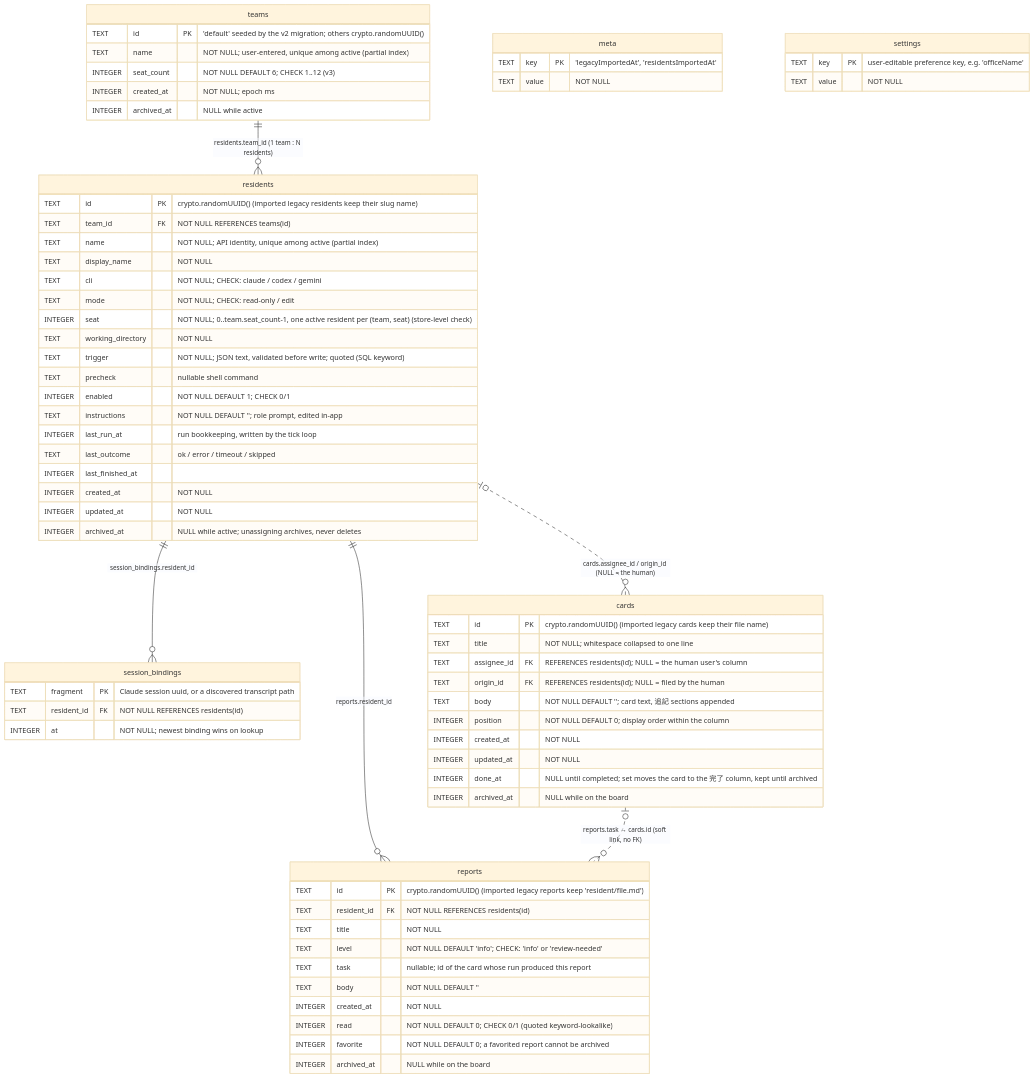
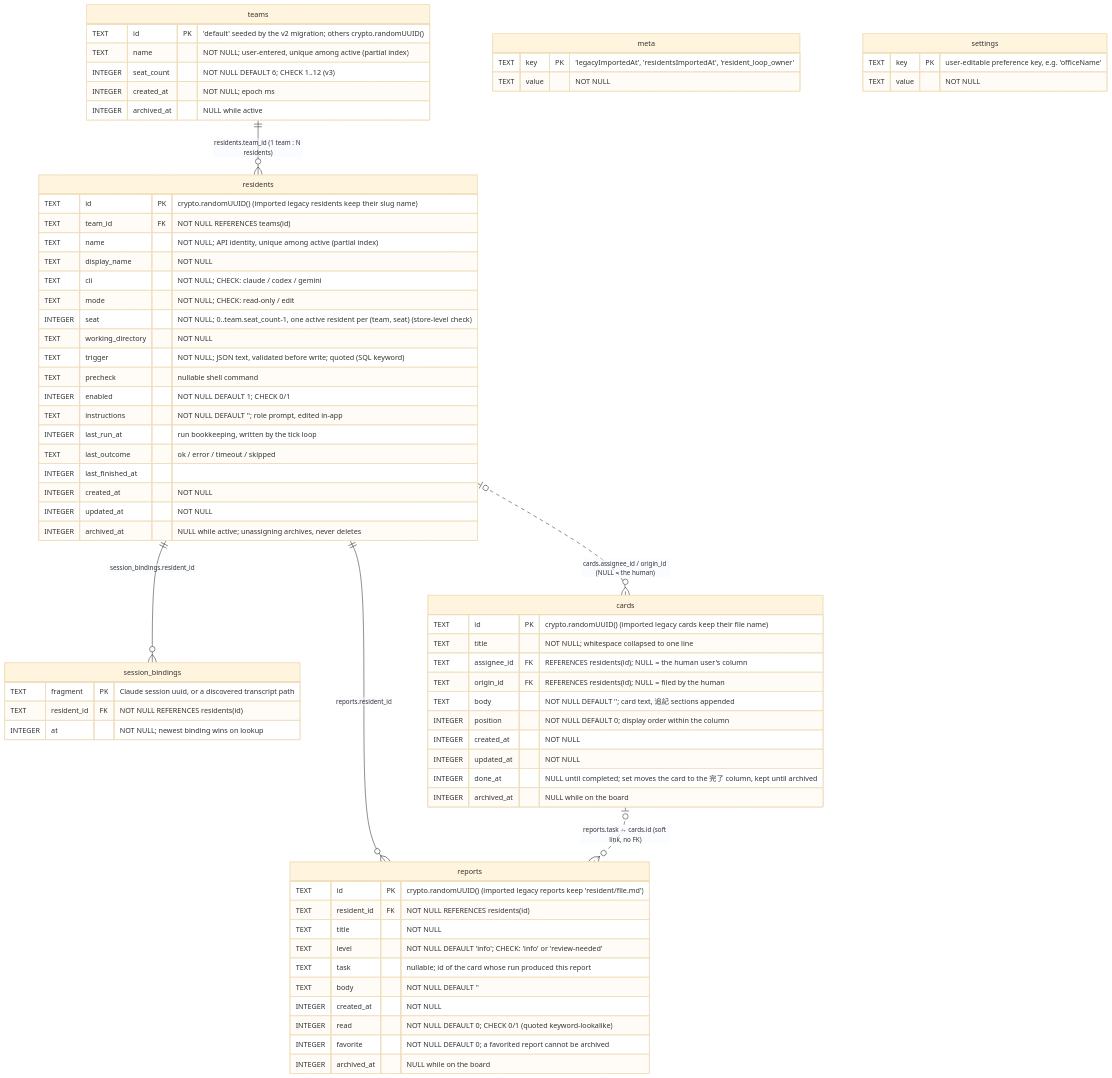
One commit to raihara3/ai-office changed the diagram in docs/database.md. Above: the diagram before and after it, drawn with Mermaid (base theme). The commit also changed other lines of this file and 6 other files, not shown here.

````diff
--- a/docs/database.md
+++ b/docs/database.md
@@ -11,79 +11,79 @@
 ```mermaid
 erDiagram
     teams ||--o{ residents : "residents.team_id (1 team : N residents)"
     residents ||--o{ session_bindings : "session_bindings.resident_id"
     residents |o..o{ cards : "cards.assignee_id / origin_id (NULL = the human)"
     residents ||--o{ reports : "reports.resident_id"
     cards |o..o{ reports : "reports.task → cards.id (soft link, no FK)"
 
     teams {
         TEXT    id          PK "'default' seeded by the v2 migration; others crypto.randomUUID()"
         TEXT    name           "NOT NULL; user-entered, unique among active (partial index)"
         INTEGER seat_count     "NOT NULL DEFAULT 6; CHECK 1..12 (v3)"
         INTEGER created_at     "NOT NULL; epoch ms"
         INTEGER archived_at    "NULL while active"
     }
 
     residents {
         TEXT    id                PK "crypto.randomUUID() (imported legacy residents keep their slug name)"
         TEXT    team_id           FK "NOT NULL REFERENCES teams(id)"
         TEXT    name              "NOT NULL; API identity, unique among active (partial index)"
         TEXT    display_name      "NOT NULL"
         TEXT    cli               "NOT NULL; CHECK: claude / codex / gemini"
         TEXT    mode              "NOT NULL; CHECK: read-only / edit"
         INTEGER seat              "NOT NULL; 0..team.seat_count-1, one active resident per (team, seat) (store-level check)"
         TEXT    working_directory "NOT NULL"
         TEXT    trigger           "NOT NULL; JSON text, validated before write; quoted (SQL keyword)"
         TEXT    precheck          "nullable shell command"
         INTEGER enabled           "NOT NULL DEFAULT 1; CHECK 0/1"
         TEXT    instructions      "NOT NULL DEFAULT ''; role prompt, edited in-app"
         INTEGER last_run_at       "run bookkeeping, written by the tick loop"
         TEXT    last_outcome      "ok / error / timeout / skipped"
         INTEGER last_finished_at  ""
         INTEGER created_at        "NOT NULL"
         INTEGER updated_at        "NOT NULL"
         INTEGER archived_at       "NULL while active; unassigning archives, never deletes"
     }
 
     session_bindings {
         TEXT    fragment    PK "Claude session uuid, or a discovered transcript path"
         TEXT    resident_id FK "NOT NULL REFERENCES residents(id)"
         INTEGER at             "NOT NULL; newest binding wins on lookup"
     }
 
     cards {
         TEXT    id          PK "crypto.randomUUID() (imported legacy cards keep their file name)"
         TEXT    title          "NOT NULL; whitespace collapsed to one line"
         TEXT    assignee_id FK "REFERENCES residents(id); NULL = the human user's column"
         TEXT    origin_id   FK "REFERENCES residents(id); NULL = filed by the human"
         TEXT    body           "NOT NULL DEFAULT ''; card text, 追記 sections appended"
         INTEGER position       "NOT NULL DEFAULT 0; display order within the column"
         INTEGER created_at     "NOT NULL"
         INTEGER updated_at     "NOT NULL"
         INTEGER done_at        "NULL until completed; set moves the card to the 完了 column, kept until archived"
         INTEGER archived_at    "NULL while on the board"
     }
 
     reports {
         TEXT    id          PK "crypto.randomUUID() (imported legacy reports keep 'resident/file.md')"
         TEXT    resident_id FK "NOT NULL REFERENCES residents(id)"
         TEXT    title          "NOT NULL"
         TEXT    level          "NOT NULL DEFAULT 'info'; CHECK: 'info' or 'review-needed'"
         TEXT    task           "nullable; id of the card whose run produced this report"
         TEXT    body           "NOT NULL DEFAULT ''"
         INTEGER created_at     "NOT NULL"
         INTEGER read           "NOT NULL DEFAULT 0; CHECK 0/1 (quoted keyword-lookalike)"
         INTEGER favorite       "NOT NULL DEFAULT 0; a favorited report cannot be archived"
         INTEGER archived_at    "NULL while on the board"
     }
 
     meta {
-        TEXT key   PK "'legacyImportedAt', 'residentsImportedAt'"
+        TEXT key   PK "'legacyImportedAt', 'residentsImportedAt', 'resident_loop_owner'"
         TEXT value    "NOT NULL"
     }
 
     settings {
         TEXT key   PK "user-editable preference key, e.g. 'officeName'"
         TEXT value    "NOT NULL"
     }
 ```
````
